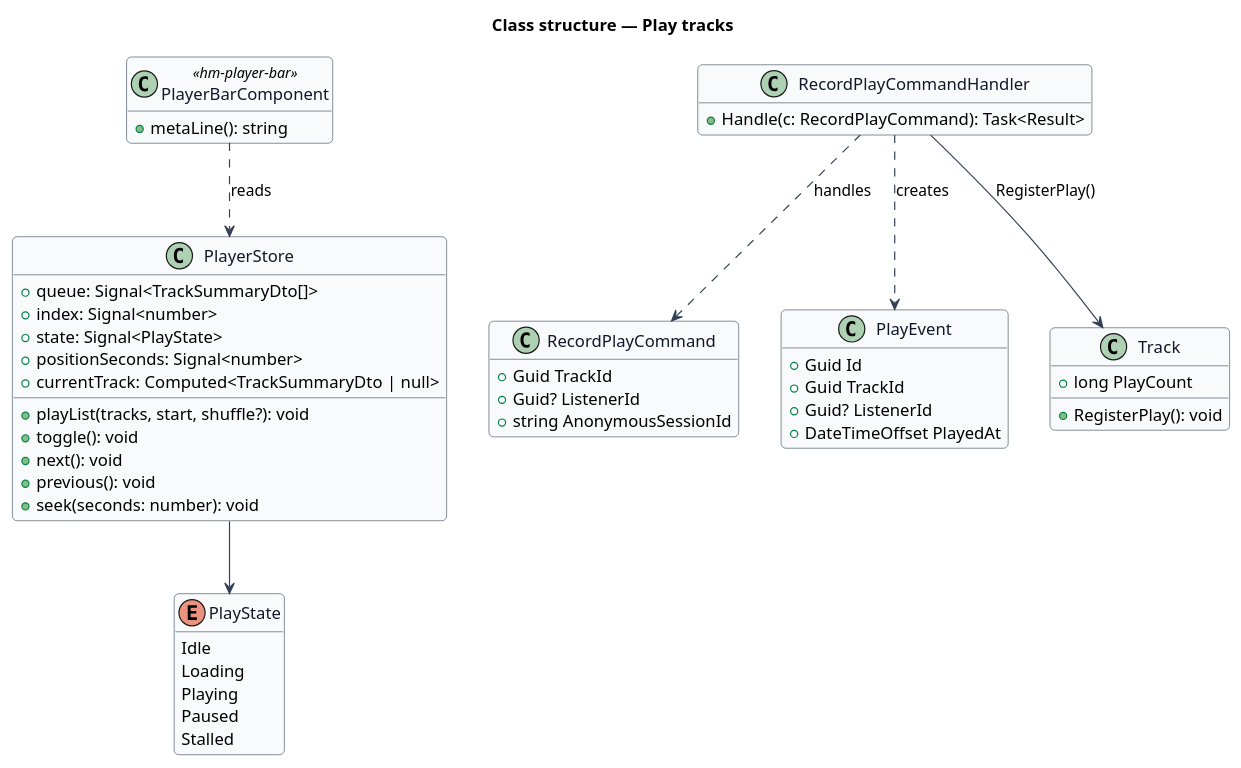
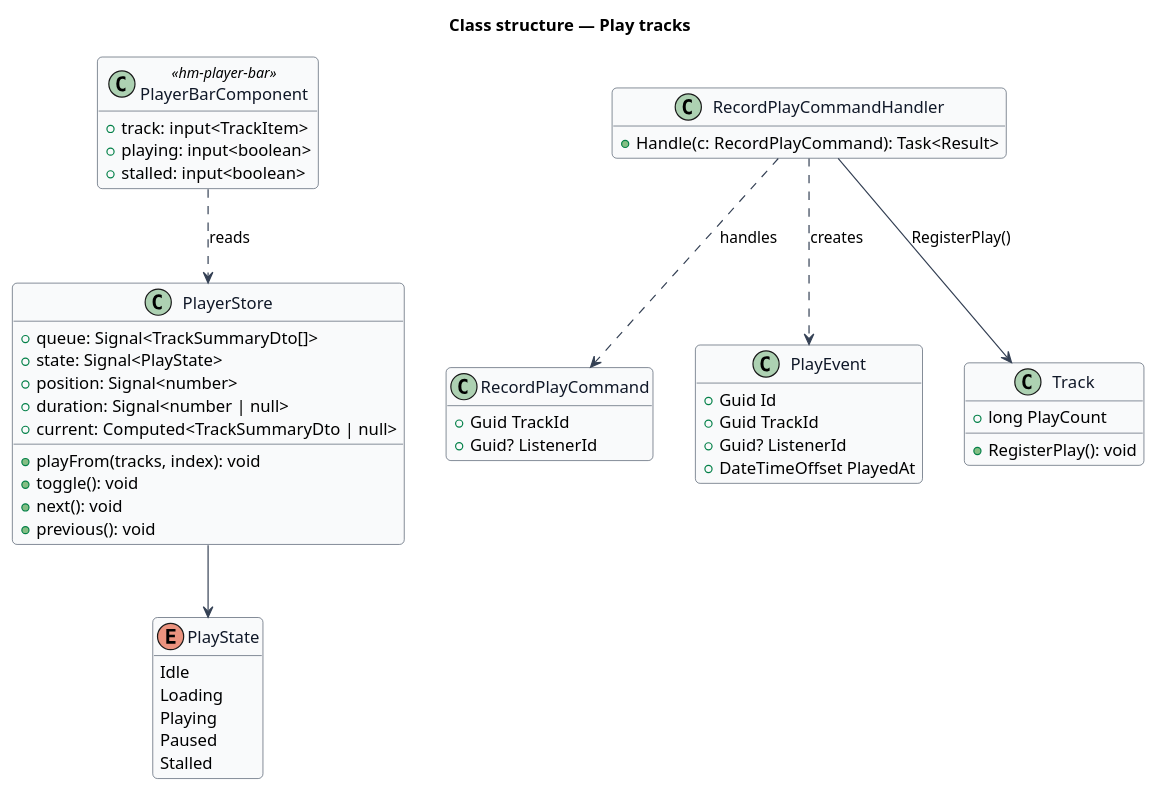
Before and after one commit to QuinntyneBrown/hummi: the diagram in docs/detailed-designs/playback/play-tracks/diagrams/class-structure.puml, drawn with PlantUML. The commit also changed 18 other files, not shown here.

Commit message:
Align designs, diagrams, READMEs and estimates with journey 02 as built

```diff
--- a/docs/detailed-designs/playback/play-tracks/diagrams/class-structure.puml
+++ b/docs/detailed-designs/playback/play-tracks/diagrams/class-structure.puml
@@ -1,60 +1,60 @@
 @startuml
 skinparam backgroundColor #FFFFFF
 skinparam shadowing false
 skinparam roundcorner 8
 skinparam defaultFontName Arial
 skinparam ArrowColor #344054
 skinparam class {
   BorderColor #344054
   FontColor #101828
   BackgroundColor #F9FAFB
 }
 hide empty members
 title Class structure — Play tracks
 
 enum PlayState {
   Idle
   Loading
   Playing
   Paused
   Stalled
 }
 class PlayerStore {
   +queue: Signal<TrackSummaryDto[]>
-  +index: Signal<number>
   +state: Signal<PlayState>
-  +positionSeconds: Signal<number>
-  +currentTrack: Computed<TrackSummaryDto | null>
-  +playList(tracks, start, shuffle?): void
+  +position: Signal<number>
+  +duration: Signal<number | null>
+  +current: Computed<TrackSummaryDto | null>
+  +playFrom(tracks, index): void
   +toggle(): void
   +next(): void
   +previous(): void
-  +seek(seconds: number): void
 }
 class PlayerBarComponent <<hm-player-bar>> {
-  +metaLine(): string
+  +track: input<TrackItem>
+  +playing: input<boolean>
+  +stalled: input<boolean>
 }
 class RecordPlayCommand {
   +Guid TrackId
   +Guid? ListenerId
-  +string AnonymousSessionId
 }
 class RecordPlayCommandHandler {
   +Handle(c: RecordPlayCommand): Task<Result>
 }
 class PlayEvent {
   +Guid Id
   +Guid TrackId
   +Guid? ListenerId
   +DateTimeOffset PlayedAt
 }
 class Track {
   +long PlayCount
   +RegisterPlay(): void
 }
 PlayerStore --> PlayState
 PlayerBarComponent ..> PlayerStore : reads
 RecordPlayCommandHandler ..> RecordPlayCommand : handles
 RecordPlayCommandHandler ..> PlayEvent : creates
 RecordPlayCommandHandler --> Track : RegisterPlay()
 @enduml
```
